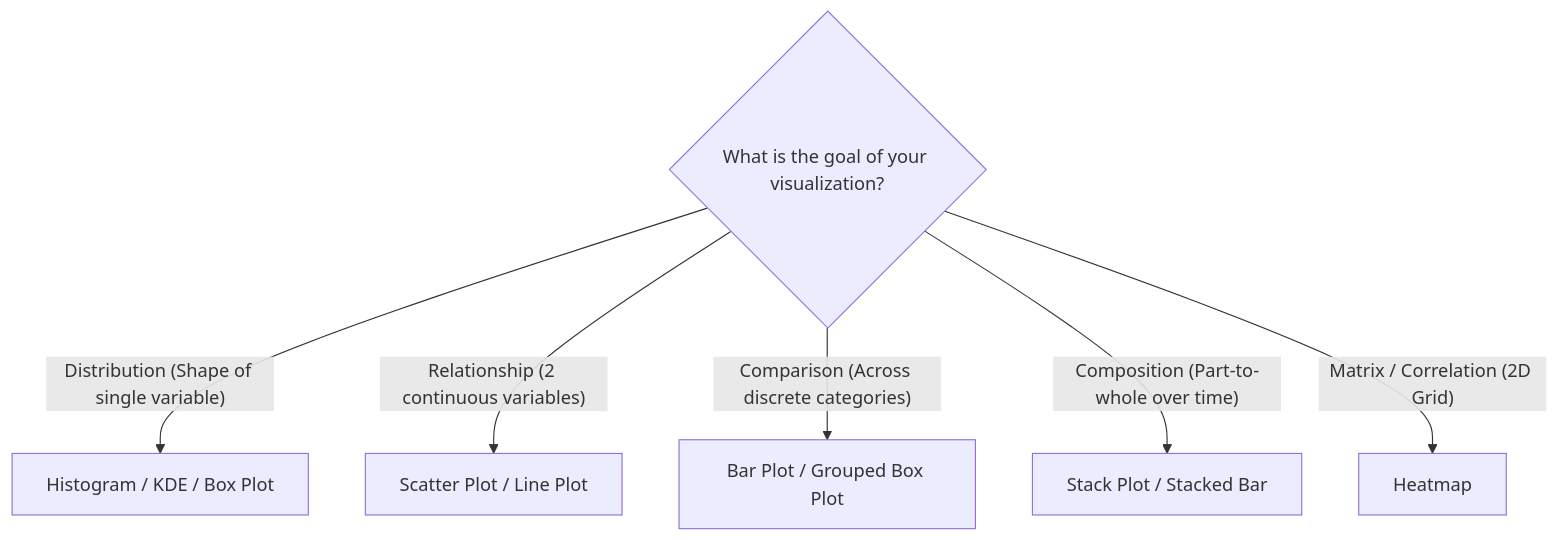
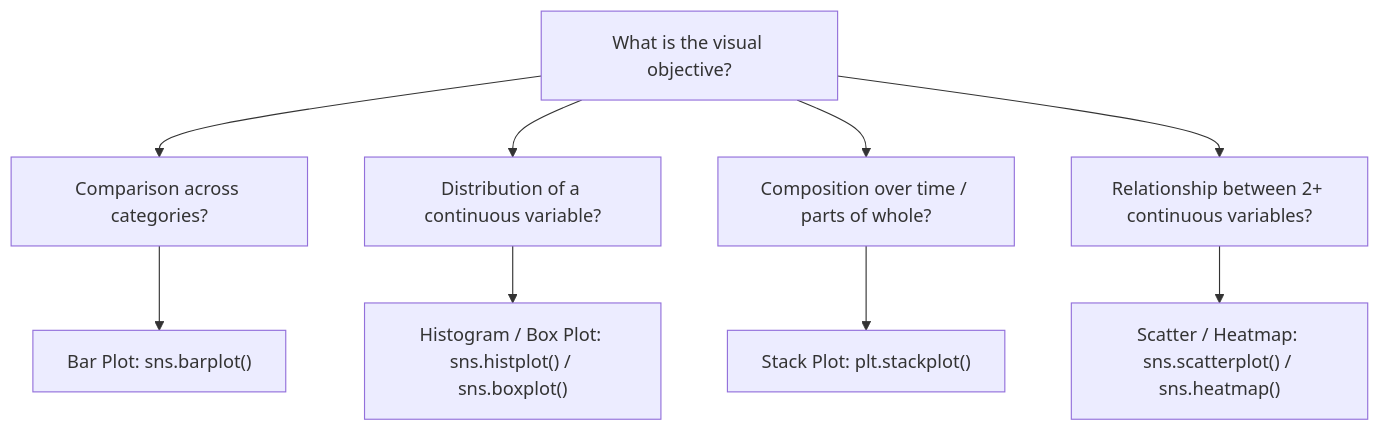
Before and after one commit to S1h2i3v4a/AI_ML: the diagram in lecture_19/Notes_19.16/README.md, drawn with Mermaid. The commit also changed other lines of this file and 203 other files, not shown here.

Commit message:
docs(lectures 19-21): align notes with video lectures, add blackboard diagrams, clean structured functions, and compile vector PDFs

````diff
--- a/lecture_19/Notes_19.16/README.md
+++ b/lecture_19/Notes_19.16/README.md
@@ -23,10 +10,12 @@
 ```mermaid
 flowchart TD
-    Q{"What is the goal of your visualization?"}
+    Goal["What is the visual objective?"] --> Comp["Comparison across categories?"]
+    Goal --> Dist["Distribution of a continuous variable?"]
+    Goal --> CompRel["Composition over time / parts of whole?"]
+    Goal --> Rel["Relationship between 2+ continuous variables?"]
     
-    Q -->|"Distribution (Shape of single variable)"| D["Histogram / KDE / Box Plot"]
-    Q -->|"Relationship (2 continuous variables)"| R["Scatter Plot / Line Plot"]
-    Q -->|"Comparison (Across discrete categories)"| C["Bar Plot / Grouped Box Plot"]
-    Q -->|"Composition (Part-to-whole over time)"| CP["Stack Plot / Stacked Bar"]
-    Q -->|"Matrix / Correlation (2D Grid)"| M["Heatmap"]
+    Comp --> CChart["Bar Plot: sns.barplot()"]
+    Dist --> DChart["Histogram / Box Plot: sns.histplot() / sns.boxplot()"]
+    CompRel --> SChart["Stack Plot: plt.stackplot()"]
+    Rel --> RChart["Scatter / Heatmap: sns.scatterplot() / sns.heatmap()"]
 ```
````
